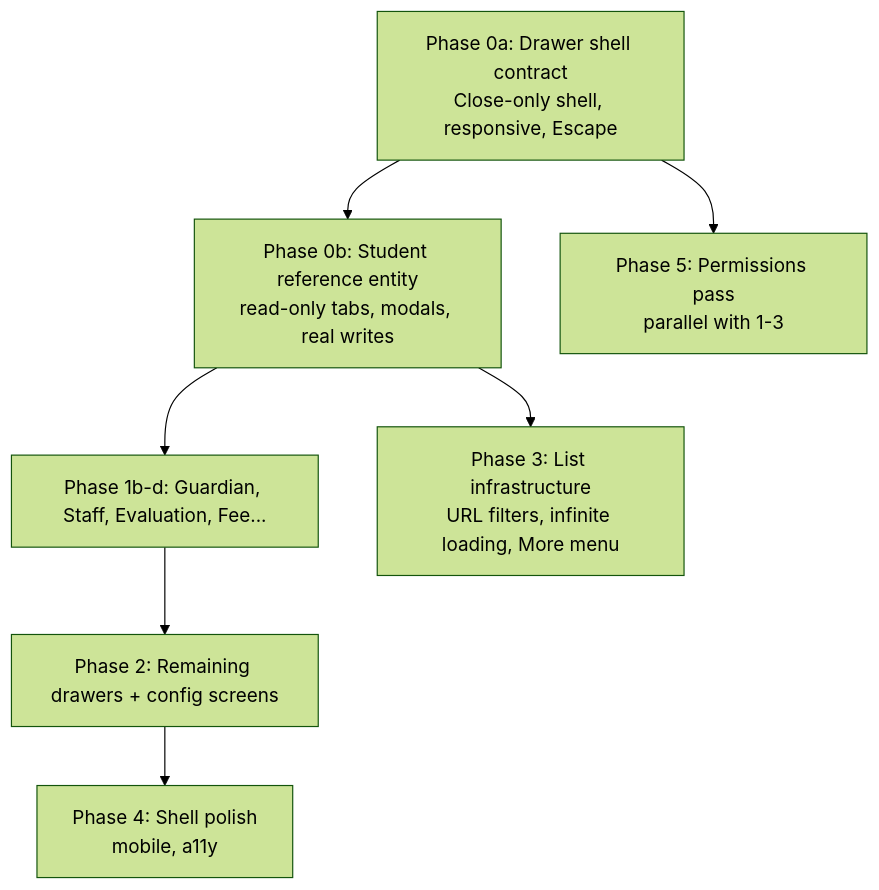
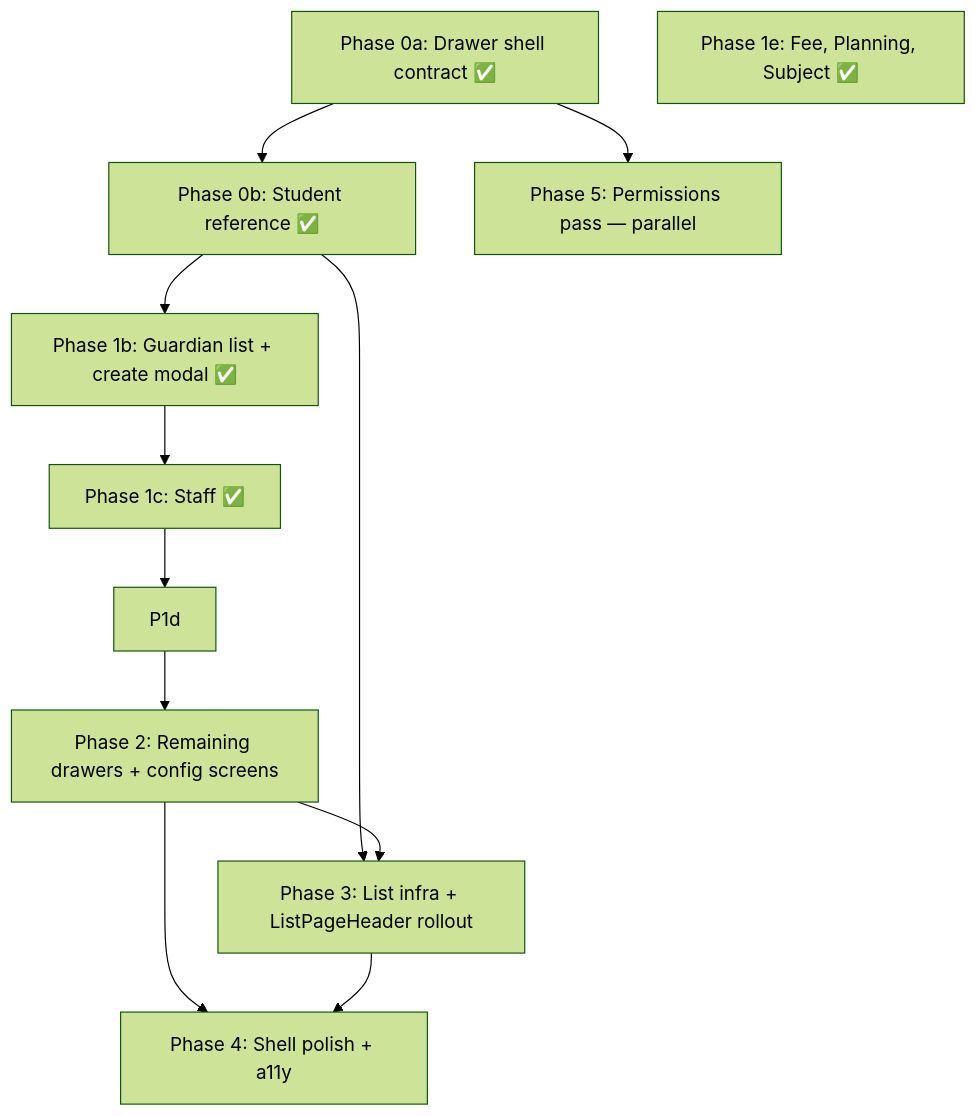
Before and after one commit to Maya-Invest/edaya_backend: the diagram in sprints/app-shell-gap-closure-plan.md, drawn with Mermaid (forest theme). The commit also changed other lines of this file and 48 other files, not shown here.

Commit message:
Phase 1 Phase 1 — Drawer migration: high-traffic entities - 1e sprint  needs  to be validated

````diff
--- a/sprints/app-shell-gap-closure-plan.md
+++ b/sprints/app-shell-gap-closure-plan.md
@@ -374,17 +697,23 @@
 ```mermaid
 flowchart TD
-    P0a[Phase 0a: Drawer shell contract\nClose-only shell, responsive, Escape]
-    P0b[Phase 0b: Student reference entity\nread-only tabs, modals, real writes]
-    P1b[Phase 1b-d: Guardian, Staff, Evaluation, Fee...]
+    P0a[Phase 0a: Drawer shell contract ✅]
+    P0b[Phase 0b: Student reference ✅]
+    P1b[Phase 1b: Guardian list + create modal ✅]
+    P1c[Phase 1c: Staff ✅]
+    P1e[Phase 1e: Fee, Planning, Subject ✅]
     P2[Phase 2: Remaining drawers + config screens]
-    P3[Phase 3: List infrastructure\nURL filters, infinite loading, More menu]
-    P4[Phase 4: Shell polish\nmobile, a11y]
-    P5[Phase 5: Permissions pass\nparallel with 1-3]
+    P3[Phase 3: List infra + ListPageHeader rollout]
+    P4[Phase 4: Shell polish + a11y]
+    P5[Phase 5: Permissions pass — parallel]
 
     P0a --> P0b
     P0b --> P1b
-    P1b --> P2
+    P1b --> P1c
+    P1c --> P1d
+    P1d --> P2
     P0b --> P3
+    P2 --> P3
     P0a --> P5
     P2 --> P4
+    P3 --> P4
 ```
````
